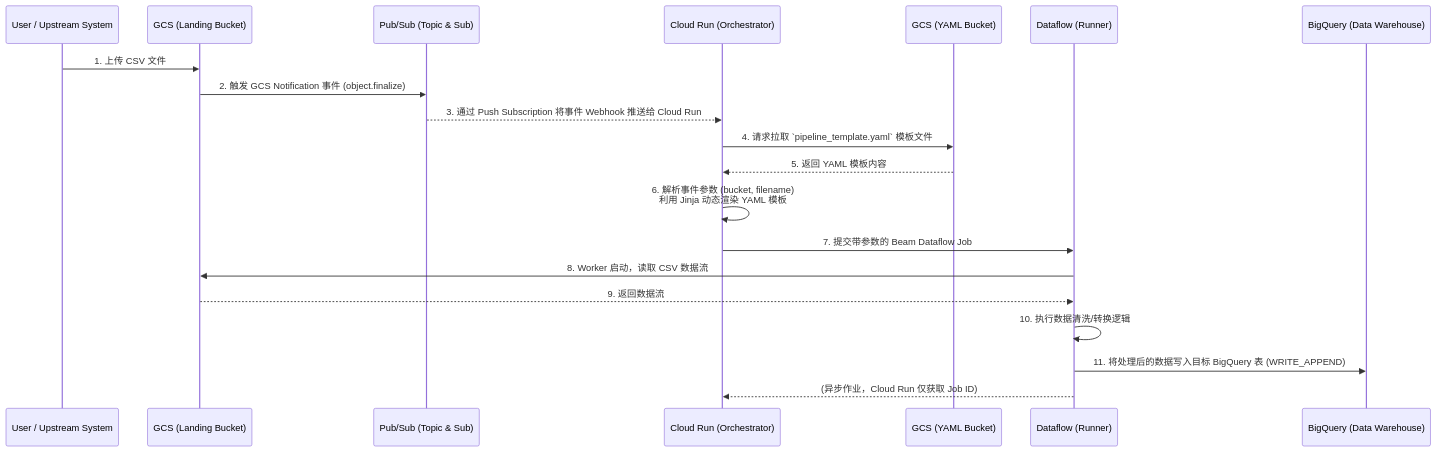
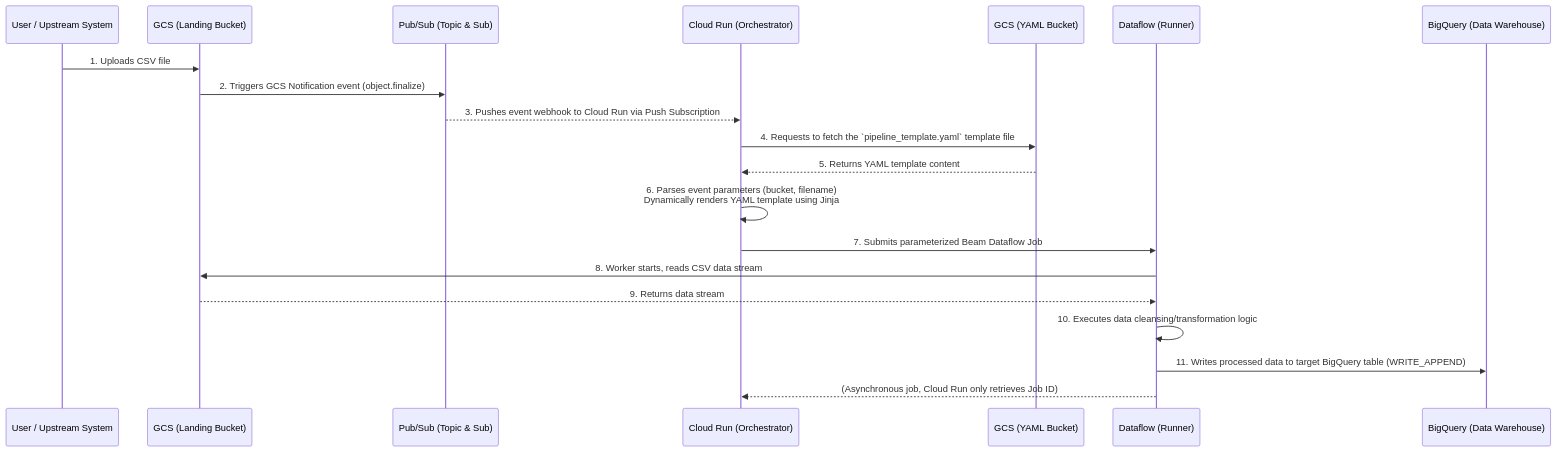
The diagram in README.md (nvd11/gcp-event-driven-etl-beam-yaml), drawn with Mermaid before and after one commit. The commit also changed other lines of this file, not shown here.

````diff
--- a/README.md
+++ b/README.md
@@ -18,23 +18,23 @@
 ```mermaid
 sequenceDiagram
     participant User as User / Upstream System
     participant LandingBucket as GCS (Landing Bucket)
     participant PubSub as Pub/Sub (Topic & Sub)
     participant CloudRun as Cloud Run (Orchestrator)
     participant YAMLBucket as GCS (YAML Bucket)
     participant Dataflow as Dataflow (Runner)
     participant BQ as BigQuery (Data Warehouse)
 
-    User->>LandingBucket: 1. 上传 CSV 文件
-    LandingBucket->>PubSub: 2. 触发 GCS Notification 事件 (object.finalize)
-    PubSub-->>CloudRun: 3. 通过 Push Subscription 将事件 Webhook 推送给 Cloud Run
-    CloudRun->>YAMLBucket: 4. 请求拉取 `pipeline_template.yaml` 模板文件
-    YAMLBucket-->>CloudRun: 5. 返回 YAML 模板内容
-    CloudRun->>CloudRun: 6. 解析事件参数 (bucket, filename)<br/>利用 Jinja 动态渲染 YAML 模板
-    CloudRun->>Dataflow: 7. 提交带参数的 Beam Dataflow Job
-    Dataflow->>LandingBucket: 8. Worker 启动，读取 CSV 数据流
-    LandingBucket-->>Dataflow: 9. 返回数据流
-    Dataflow->>Dataflow: 10. 执行数据清洗/转换逻辑
-    Dataflow->>BQ: 11. 将处理后的数据写入目标 BigQuery 表 (WRITE_APPEND)
-    Dataflow-->>CloudRun: (异步作业，Cloud Run 仅获取 Job ID)
+    User->>LandingBucket: 1. Uploads CSV file
+    LandingBucket->>PubSub: 2. Triggers GCS Notification event (object.finalize)
+    PubSub-->>CloudRun: 3. Pushes event webhook to Cloud Run via Push Subscription
+    CloudRun->>YAMLBucket: 4. Requests to fetch the `pipeline_template.yaml` template file
+    YAMLBucket-->>CloudRun: 5. Returns YAML template content
+    CloudRun->>CloudRun: 6. Parses event parameters (bucket, filename)<br/>Dynamically renders YAML template using Jinja
+    CloudRun->>Dataflow: 7. Submits parameterized Beam Dataflow Job
+    Dataflow->>LandingBucket: 8. Worker starts, reads CSV data stream
+    LandingBucket-->>Dataflow: 9. Returns data stream
+    Dataflow->>Dataflow: 10. Executes data cleansing/transformation logic
+    Dataflow->>BQ: 11. Writes processed data to target BigQuery table (WRITE_APPEND)
+    Dataflow-->>CloudRun: (Asynchronous job, Cloud Run only retrieves Job ID)
 ```
````
